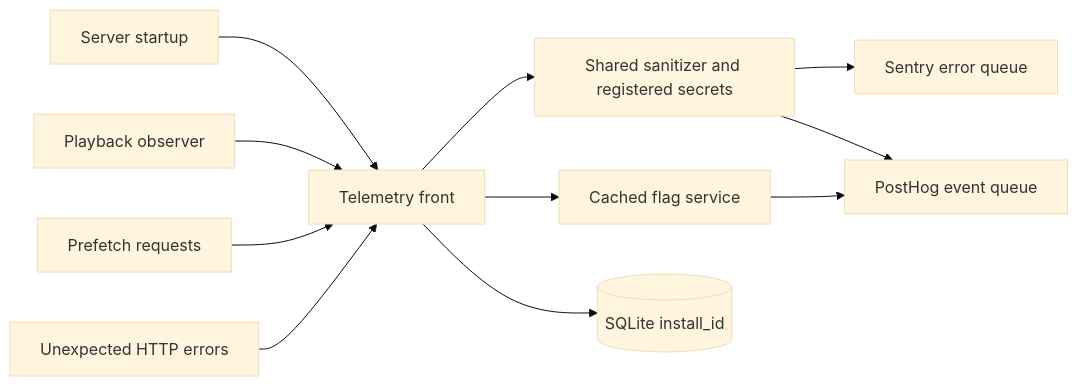
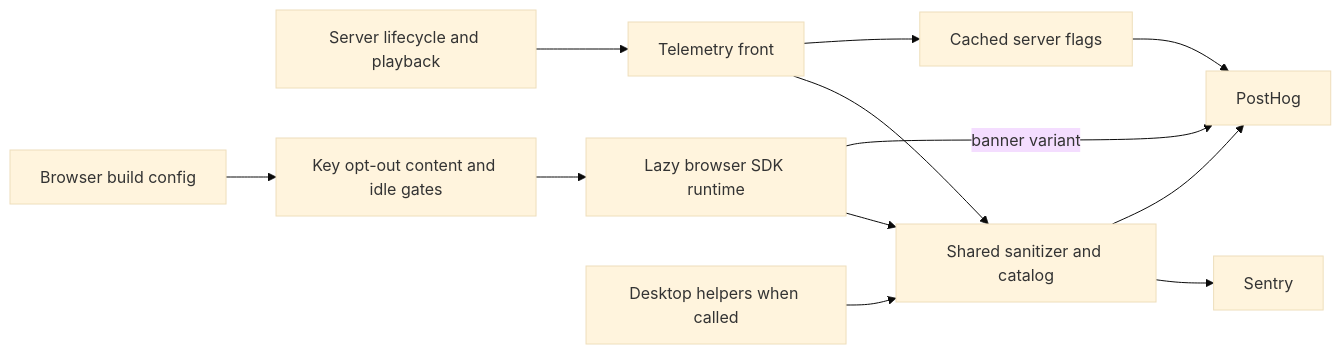
The diagram in droid-wiki/systems/telemetry.md (VeroxAUS/homestream), drawn with Mermaid (base theme) before and after one commit. The commit also changed other lines of this file and 54 other files, not shown here.

````diff
--- a/droid-wiki/systems/telemetry.md
+++ b/droid-wiki/systems/telemetry.md
@@ -17,13 +30,14 @@
 ```mermaid
 graph LR
-    Startup[Server startup] --> Front[Telemetry front]
-    Playback[Playback observer] --> Front
-    Prefetch[Prefetch requests] --> Front
-    Errors[Unexpected HTTP errors] --> Front
-    Front --> Scrub[Shared sanitizer and registered secrets]
-    Scrub --> Sentry[Sentry error queue]
-    Scrub --> PostHog[PostHog event queue]
-    Front --> Flags[Cached flag service]
+    Lifecycle[Server lifecycle and playback] --> Front[Telemetry front]
+    Front --> Sanitize[Shared sanitizer and catalog]
+    Browser[Browser build config] --> Gate[Key opt-out content and idle gates]
+    Gate --> Runtime[Lazy browser SDK runtime]
+    Runtime --> Sanitize
+    Desktop[Desktop helpers when called] --> Sanitize
+    Sanitize --> Sentry[Sentry]
+    Sanitize --> PostHog[PostHog]
+    Front --> Flags[Cached server flags]
     Flags --> PostHog
-    Front --> Install[(SQLite install_id)]
+    Runtime -->|banner variant| PostHog
 ```
````
